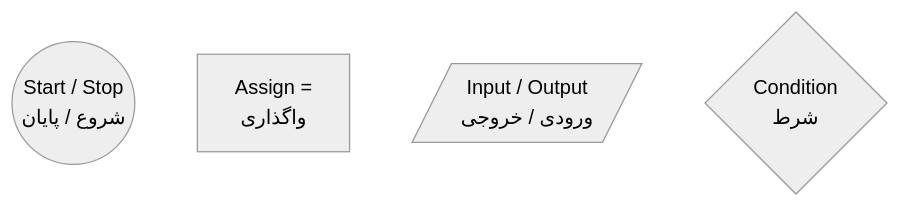
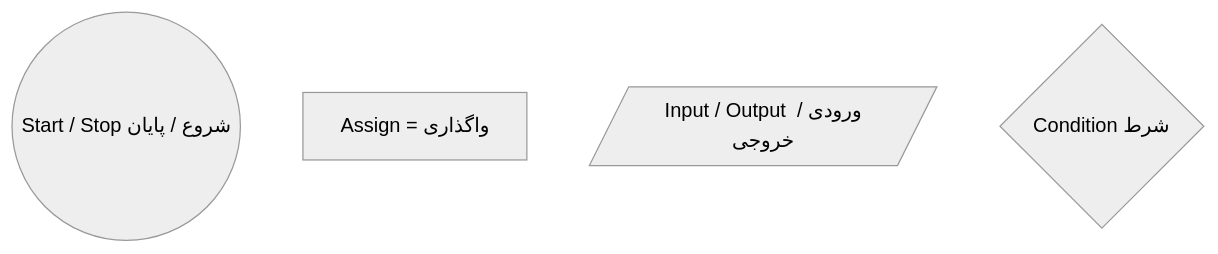
The first of 2 diagrams in session 6/flowchart.md (pellk/js-class), drawn with Mermaid (neutral theme) before and after one commit.

Commit message:
session 6

````diff
--- a/session 6/flowchart.md
+++ b/session 6/flowchart.md
@@ -3,7 +3,7 @@
 ```mermaid
 graph TD
- A((Start / Stop\nشروع / پایان))
- B["Assign = \nواگذاری"]
- C[/"Input / Output\nورودی / خروجی"/]
- D{ Condition\nشرط }
+ A((Start / Stop شروع / پایان))
+ B["Assign =  واگذاری"]
+ C[/"Input / Output ورودی / خروجی"/]
+ D{ Condition شرط }
 ```
````
